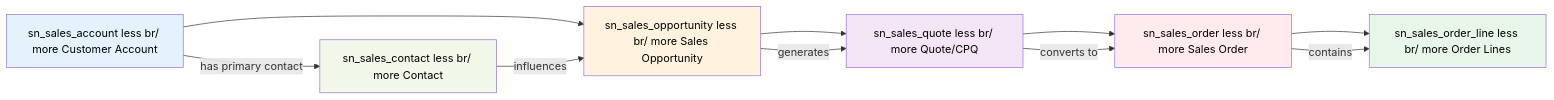
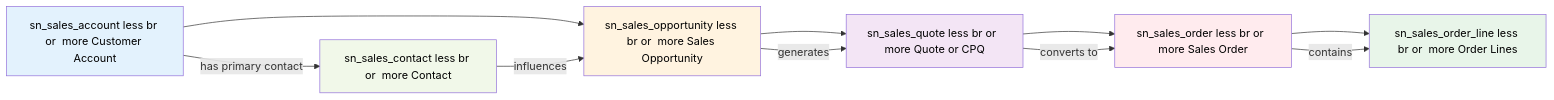
The fifth of 7 diagrams in docs/modules/sales-crm/sales-crm-guide.md (eltonaguiar/ServiceNow_Learning_TSOM-_CSM_FSM_SalesCRM_HAM_ITSM), drawn with Mermaid before and after one commit. The commit also changed other lines of this file and 19 other files, not shown here.

First line of the commit message:
Fix Mermaid diagram syntax errors - replace problematic chars in text content only

````diff
--- a/docs/modules/sales-crm/sales-crm-guide.md
+++ b/docs/modules/sales-crm/sales-crm-guide.md
@@ -767,21 +767,21 @@
 ```mermaid
 flowchart LR
-    A[sn_sales_account less br/ more Customer Account] --> B[sn_sales_opportunity less br/ more Sales Opportunity]
-    B --> C[sn_sales_quote less br/ more Quote/CPQ]
-    C --> D[sn_sales_order less br/ more Sales Order]
-    D --> E[sn_sales_order_line less br/ more Order Lines]
+    A[sn_sales_account less br or  more Customer Account] --> B[sn_sales_opportunity less br or  more Sales Opportunity]
+    B --> C[sn_sales_quote less br or  more Quote or CPQ]
+    C --> D[sn_sales_order less br or  more Sales Order]
+    D --> E[sn_sales_order_line less br or  more Order Lines]
 
-    A -->|has primary contact| L[sn_sales_contact less br/ more Contact]
+    A -->|has primary contact| L[sn_sales_contact less br or  more Contact]
     L -->|influences| B
 
     B -->|generates| C
     C -->|converts to| D
     D -->|contains| E
 
     style A fill:#e3f2fd,color:#000
     style B fill:#fff3e0,color:#000
     style C fill:#f3e5f5,color:#000
     style D fill:#ffebee,color:#000
     style E fill:#e8f5e9,color:#000
     style L fill:#f1f8e9,color:#000
 ```
````
